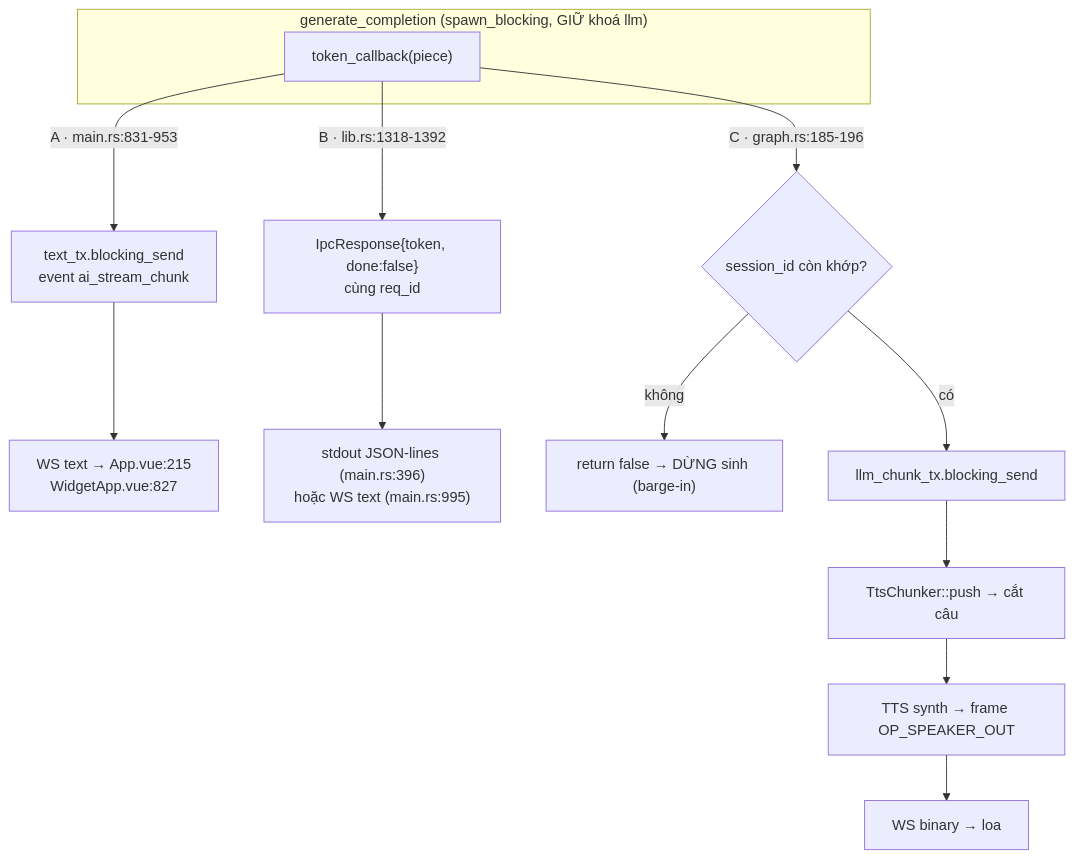
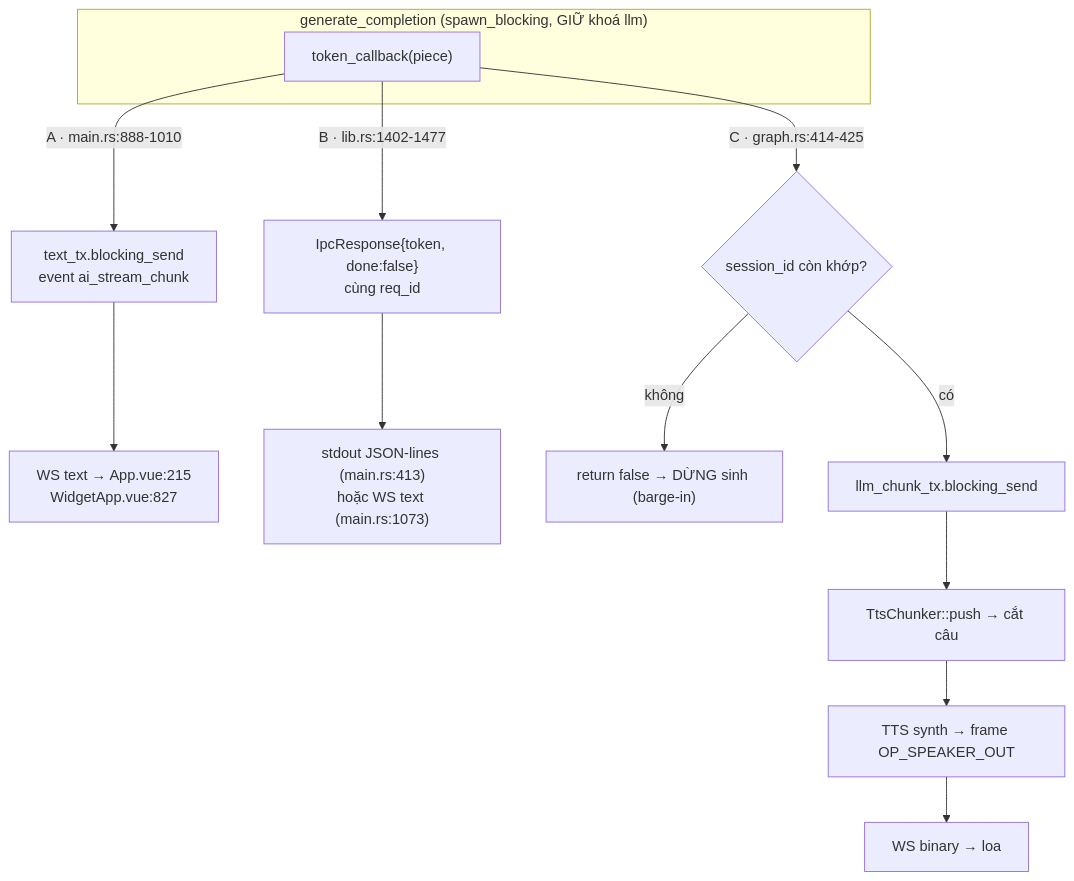
The fifth of 5 diagrams in docs/01-ban-ve/04-he-llm-va-prompt.md (DuongNAD/LIVA), drawn with Mermaid before and after one commit. The commit also changed other lines of this file and 11 other files, not shown here.

````diff
--- a/docs/01-ban-ve/04-he-llm-va-prompt.md
+++ b/docs/01-ban-ve/04-he-llm-va-prompt.md
@@ -841,19 +896,19 @@
 ```mermaid
 flowchart TD
     subgraph GEN["generate_completion (spawn_blocking, GIỮ khoá llm)"]
         G["token_callback(piece)"]
     end
 
-    G -->|"A · main.rs:831-953"| A1["text_tx.blocking_send<br/>event ai_stream_chunk"]
+    G -->|"A · main.rs:888-1010"| A1["text_tx.blocking_send<br/>event ai_stream_chunk"]
     A1 --> A2["WS text → App.vue:215<br/>WidgetApp.vue:827"]
 
-    G -->|"B · lib.rs:1318-1392"| B1["IpcResponse{token, done:false}<br/>cùng req_id"]
-    B1 --> B2["stdout JSON-lines (main.rs:396)<br/>hoặc WS text (main.rs:995)"]
+    G -->|"B · lib.rs:1402-1477"| B1["IpcResponse{token, done:false}<br/>cùng req_id"]
+    B1 --> B2["stdout JSON-lines (main.rs:413)<br/>hoặc WS text (main.rs:1073)"]
 
-    G -->|"C · graph.rs:185-196"| C0{"session_id còn khớp?"}
+    G -->|"C · graph.rs:414-425"| C0{"session_id còn khớp?"}
     C0 -- không --> C1["return false → DỪNG sinh (barge-in)"]
     C0 -- có --> C2["llm_chunk_tx.blocking_send"]
     C2 --> C3["TtsChunker::push → cắt câu"]
     C3 --> C4["TTS synth → frame OP_SPEAKER_OUT"]
     C4 --> C5["WS binary → loa"]
 ```
````
